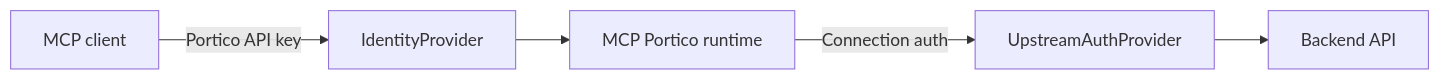
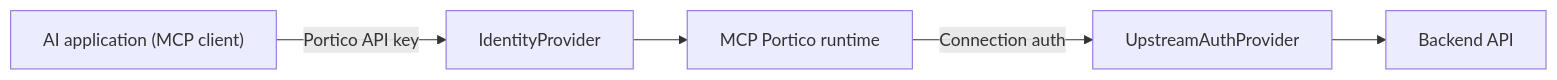
Before and after one commit to yashcodelabs/mcp-portico: the second of 2 diagrams in README.md, drawn with Mermaid. The commit also changed other lines of this file and 67 other files, not shown here.

````diff
--- a/README.md
+++ b/README.md
@@ -62,7 +81,7 @@
 ```mermaid
 flowchart LR
-    CLIENT["MCP client"] -->|"Portico API key"| AUTH["IdentityProvider"]
+    CLIENT["AI application (MCP client)"] -->|"Portico API key"| AUTH["IdentityProvider"]
     AUTH --> RT["MCP Portico runtime"]
     RT -->|"Connection auth"| CONN["UpstreamAuthProvider"]
     CONN --> BACKEND["Backend API"]
 ```
````
